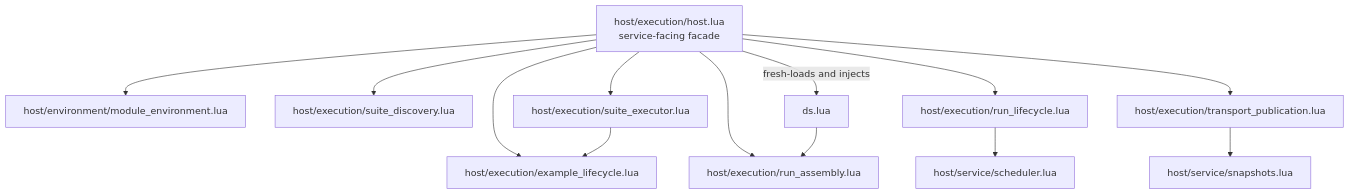
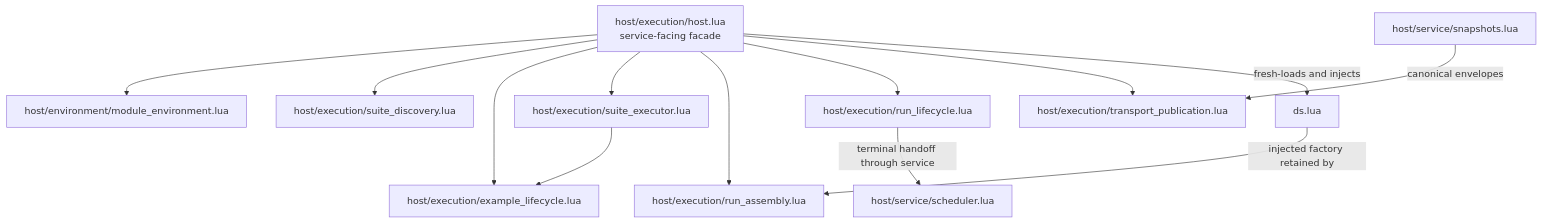
Before and after one commit to dsisco11/DwarfSpec: the second of 5 diagrams in docs/source-organization-decomposition-proposals.md, drawn with Mermaid. The commit also changed other lines of this file and 16 other files, not shown here.

````diff
--- a/docs/source-organization-decomposition-proposals.md
+++ b/docs/source-organization-decomposition-proposals.md
@@ -100,16 +100,16 @@
 ```mermaid
 flowchart TD
     host["host/execution/host.lua<br/>service-facing facade"]
     host --> env["host/environment/module_environment.lua"]
     host --> discovery["host/execution/suite_discovery.lua"]
     host --> examples["host/execution/example_lifecycle.lua"]
     host --> executor["host/execution/suite_executor.lua"]
     host --> assembly["host/execution/run_assembly.lua"]
     host --> lifecycle["host/execution/run_lifecycle.lua"]
     host --> publication["host/execution/transport_publication.lua"]
     host -->|fresh-loads and injects| ds["ds.lua"]
-    ds --> assembly
+    ds -->|injected factory retained by| assembly
     executor --> examples
-    lifecycle --> scheduler["host/service/scheduler.lua"]
-    publication --> snapshots["host/service/snapshots.lua"]
+    lifecycle -->|terminal handoff through service| scheduler["host/service/scheduler.lua"]
+    snapshots["host/service/snapshots.lua"] -->|canonical envelopes| publication
 ```
````
